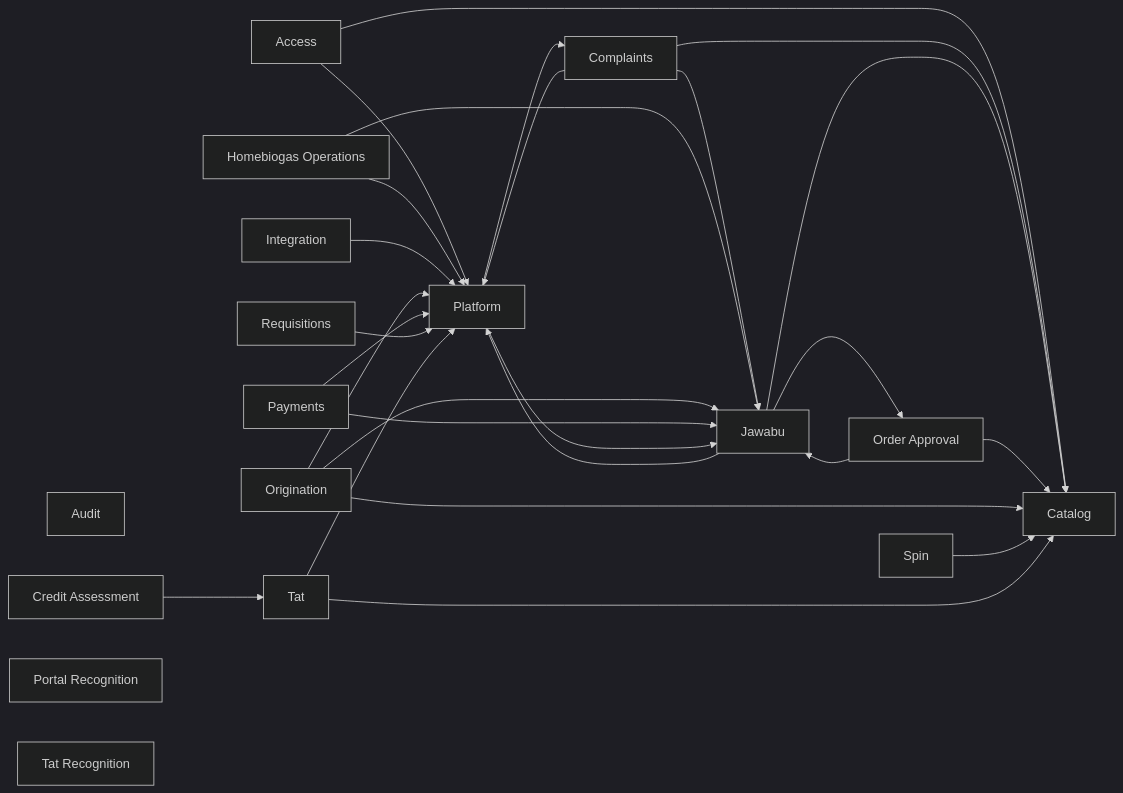
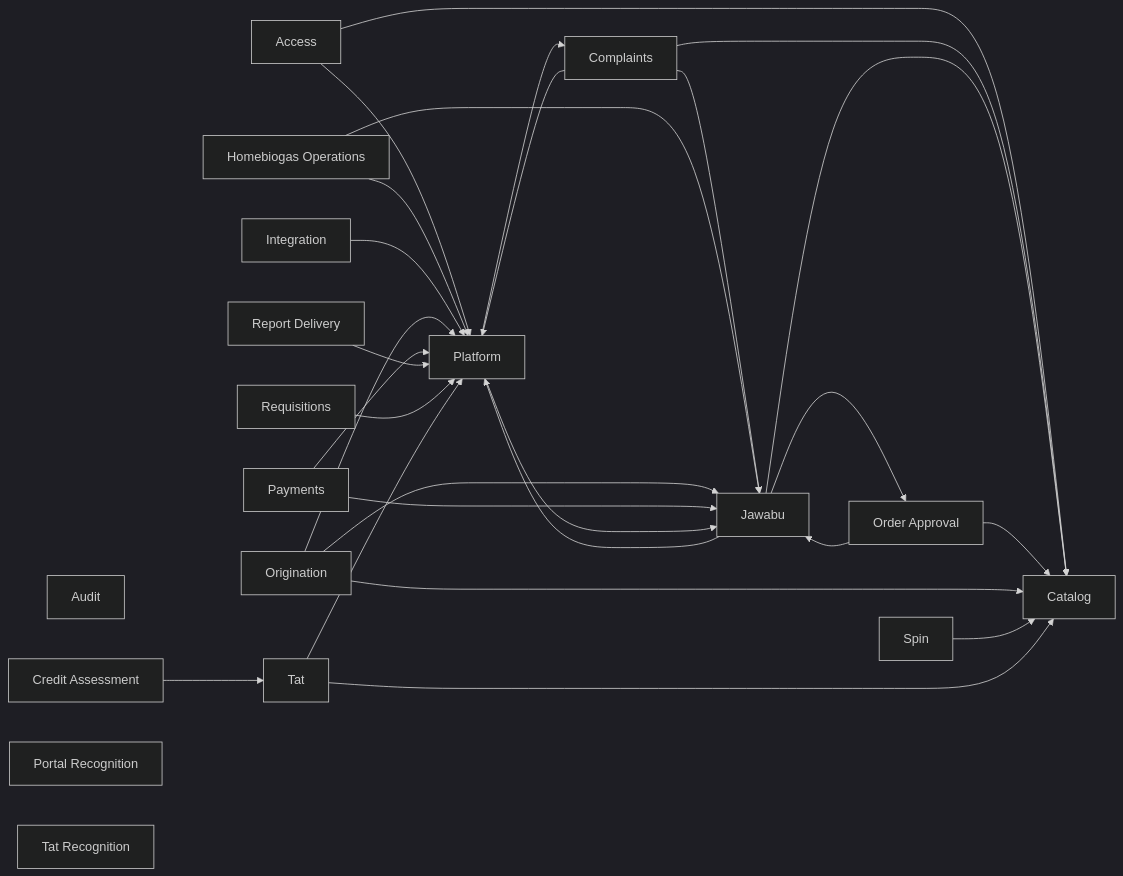
One commit to bedanavrvm/HB-Biogas-Telegram-Bot changed the diagram in docs/database/overview.mmd. Above: the diagram before and after it, drawn with Mermaid (dark theme). The commit also changed 41 other files, not shown here.

```diff
--- a/docs/database/overview.mmd
+++ b/docs/database/overview.mmd
@@ -1,43 +1,45 @@
 flowchart LR
   access["Access"]
   audit["Audit"]
   catalog["Catalog"]
   complaints["Complaints"]
   credit_assessment["Credit Assessment"]
   homebiogas_operations["Homebiogas Operations"]
   integration["Integration"]
   jawabu["Jawabu"]
   order_approval["Order Approval"]
   origination["Origination"]
   payments["Payments"]
   platform["Platform"]
   portal_recognition["Portal Recognition"]
+  report_delivery["Report Delivery"]
   requisitions["Requisitions"]
   spin["Spin"]
   tat["Tat"]
   tat_recognition["Tat Recognition"]
   access --> catalog
   access --> platform
   complaints --> catalog
   complaints --> jawabu
   complaints --> platform
   credit_assessment --> tat
   homebiogas_operations --> jawabu
   homebiogas_operations --> platform
   integration --> platform
   jawabu --> catalog
   jawabu --> order_approval
   jawabu --> platform
   order_approval --> catalog
   order_approval --> jawabu
   origination --> catalog
   origination --> jawabu
   origination --> platform
   payments --> jawabu
   payments --> platform
   platform --> complaints
   platform --> jawabu
+  report_delivery --> platform
   requisitions --> platform
   spin --> catalog
   tat --> catalog
   tat --> platform
```
